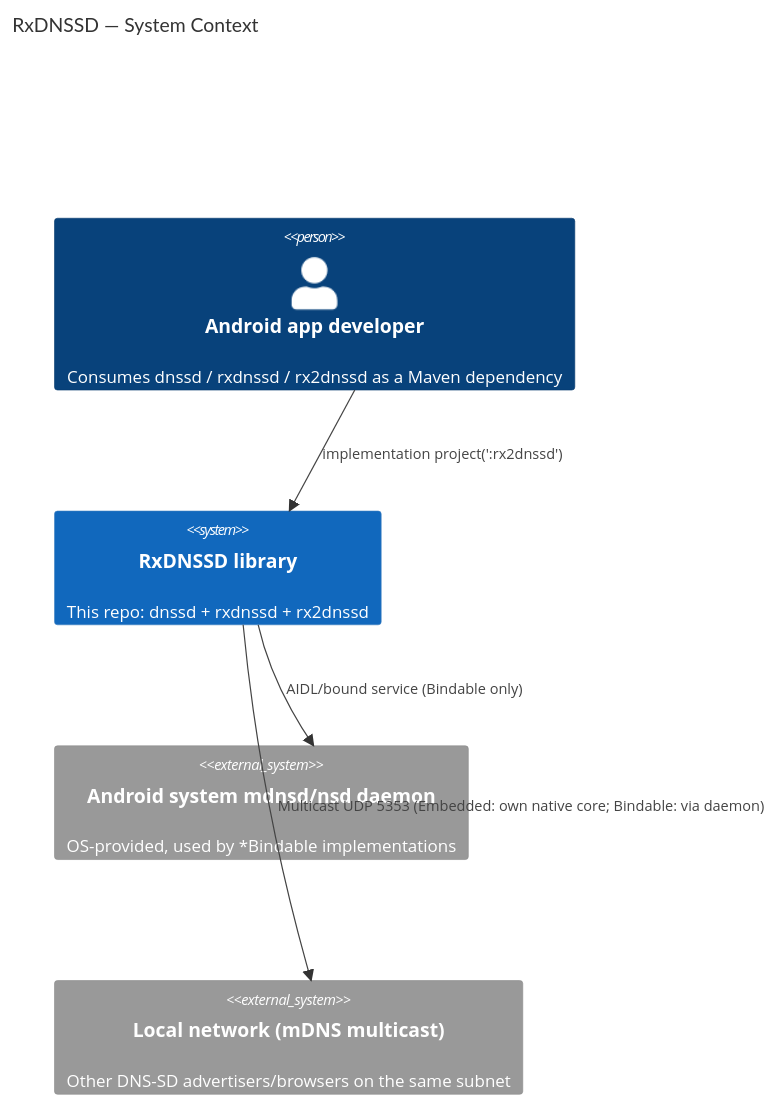
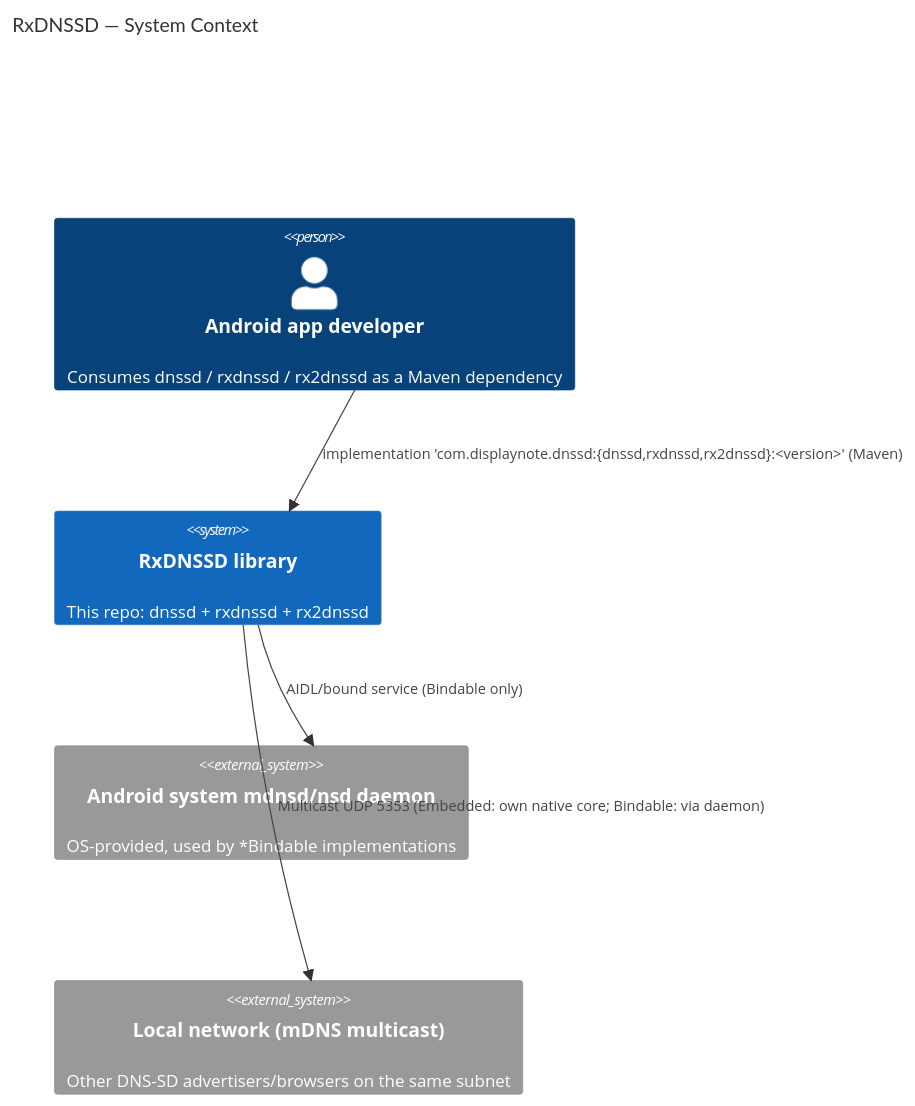
The first of 4 diagrams in docs/architecture.md (DisplayNote/RxDNSSD), drawn with Mermaid before and after one commit.

Commit message:
docs: fix Maven dependency label in architecture context diagram
The context diagram's dev-to-library relationship showed an in-repo Gradle project dependency (project(':rx2dnssd')) while the Person node claims Maven consumption across all three modules. Use a Maven coordinate form that matches the stated intent.

````diff
--- a/docs/architecture.md
+++ b/docs/architecture.md
@@ -7,13 +7,13 @@
 ```mermaid
 C4Context
     title RxDNSSD — System Context
 
     Person(dev, "Android app developer", "Consumes dnssd / rxdnssd / rx2dnssd as a Maven dependency")
     System(rxdnssd, "RxDNSSD library", "This repo: dnssd + rxdnssd + rx2dnssd")
     System_Ext(mdnsd, "Android system mdnsd/nsd daemon", "OS-provided, used by *Bindable implementations")
     System_Ext(lan, "Local network (mDNS multicast)", "Other DNS-SD advertisers/browsers on the same subnet")
 
-    Rel(dev, rxdnssd, "implementation project(':rx2dnssd')")
+    Rel(dev, rxdnssd, "implementation 'com.displaynote.dnssd:{dnssd,rxdnssd,rx2dnssd}:<version>' (Maven)")
     Rel(rxdnssd, mdnsd, "AIDL/bound service (Bindable only)")
     Rel(rxdnssd, lan, "Multicast UDP 5353 (Embedded: own native core; Bindable: via daemon)")
 ```
````
